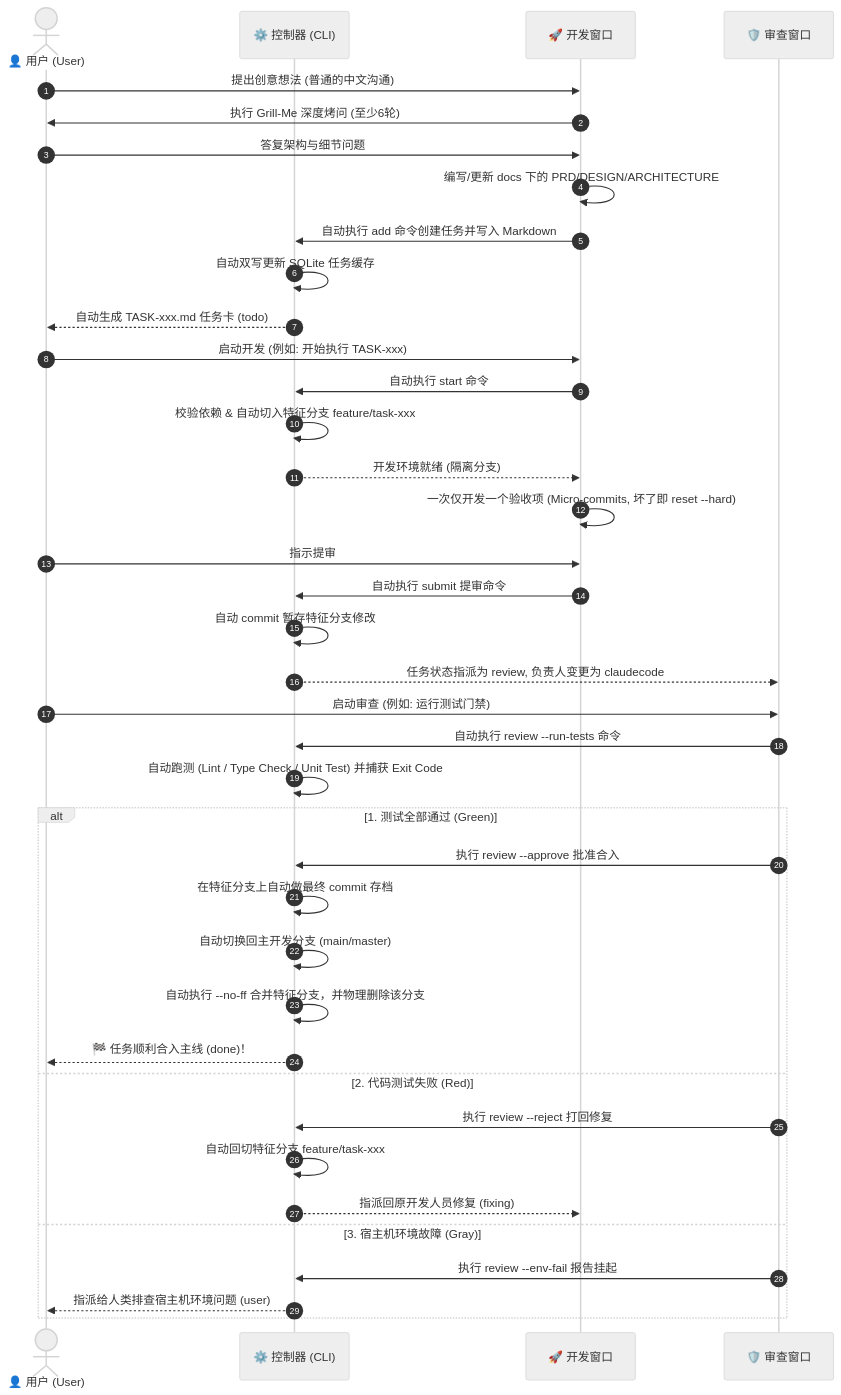
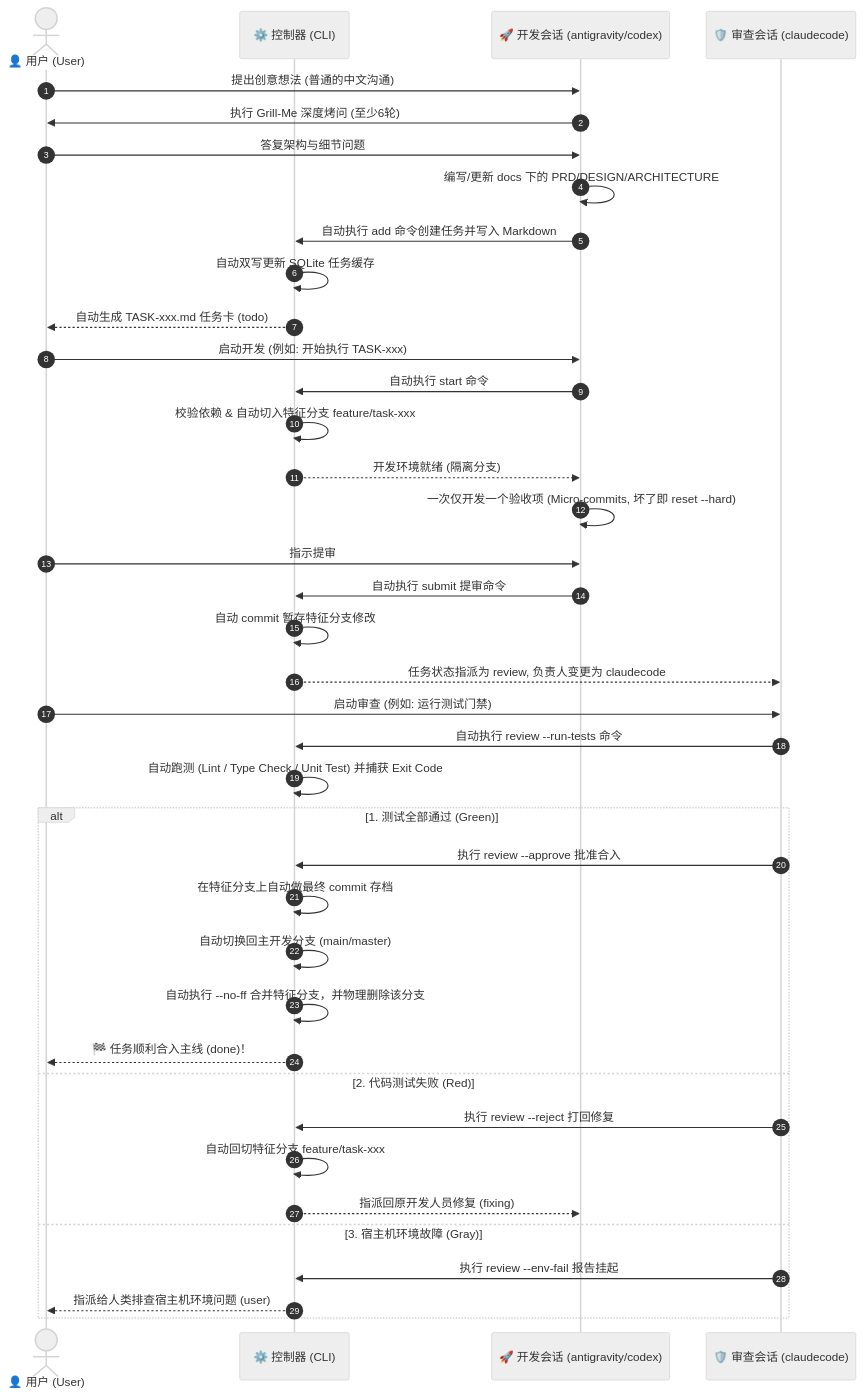
The second of 3 diagrams in README.md (NanQiaoMi/agentskillproject), drawn with Mermaid (neutral theme) before and after one commit. The commit also changed other lines of this file and 1 other file, not shown here.

````diff
--- a/README.md
+++ b/README.md
@@ -128,50 +128,50 @@
 ```mermaid
 sequenceDiagram
     autonumber
     actor User as 👤 用户 (User)
     participant CLI as ⚙️ 控制器 (CLI)
-    participant Dev as 🚀 开发窗口
-    participant Review as 🛡️ 审查窗口
+    participant Dev as 🚀 开发会话 (antigravity/codex)
+    participant Review as 🛡️ 审查会话 (claudecode)
 
     %% 阶段一：头脑风暴与任务创建
     User->>Dev: 提出创意想法 (普通的中文沟通)
     Dev->>User: 执行 Grill-Me 深度烤问 (至少6轮)
     User->>Dev: 答复架构与细节问题
     Dev->>Dev: 编写/更新 docs 下的 PRD/DESIGN/ARCHITECTURE
     Dev->>CLI: 自动执行 add 命令创建任务并写入 Markdown
     CLI->>CLI: 自动双写更新 SQLite 任务缓存
     CLI-->>User: 自动生成 TASK-xxx.md 任务卡 (todo)
 
     %% 阶段二：认领启动
     User->>Dev: 启动开发 (例如: 开始执行 TASK-xxx)
     Dev->>CLI: 自动执行 start 命令
     CLI->>CLI: 校验依赖 & 自动切入特征分支 feature/task-xxx
     CLI-->>Dev: 开发环境就绪 (隔离分支)
 
     %% 阶段三：开发与提审
     Dev->>Dev: 一次仅开发一个验收项 (Micro-commits, 坏了即 reset --hard)
     User->>Dev: 指示提审
     Dev->>CLI: 自动执行 submit 提审命令
     CLI->>CLI: 自动 commit 暂存特征分支修改
     CLI-->>Review: 任务状态指派为 review, 负责人变更为 claudecode
 
     %% 阶段四：跑测与合并
     User->>Review: 启动审查 (例如: 运行测试门禁)
     Review->>CLI: 自动执行 review --run-tests 命令
     CLI->>CLI: 自动跑测 (Lint / Type Check / Unit Test) 并捕获 Exit Code
 
     alt 1. 测试全部通过 (Green)
         Review->>CLI: 执行 review --approve 批准合入
         CLI->>CLI: 在特征分支上自动做最终 commit 存档
         CLI->>CLI: 自动切换回主开发分支 (main/master)
         CLI->>CLI: 自动执行 --no-ff 合并特征分支，并物理删除该分支
         CLI-->>User: 🏁 任务顺利合入主线 (done)！
     else 2. 代码测试失败 (Red)
         Review->>CLI: 执行 review --reject 打回修复
         CLI->>CLI: 自动回切特征分支 feature/task-xxx
         CLI-->>Dev: 指派回原开发人员修复 (fixing)
     else 3. 宿主机环境故障 (Gray)
         Review->>CLI: 执行 review --env-fail 报告挂起
         CLI-->>User: 指派给人类排查宿主机环境问题 (user)
     end
 ```
````
